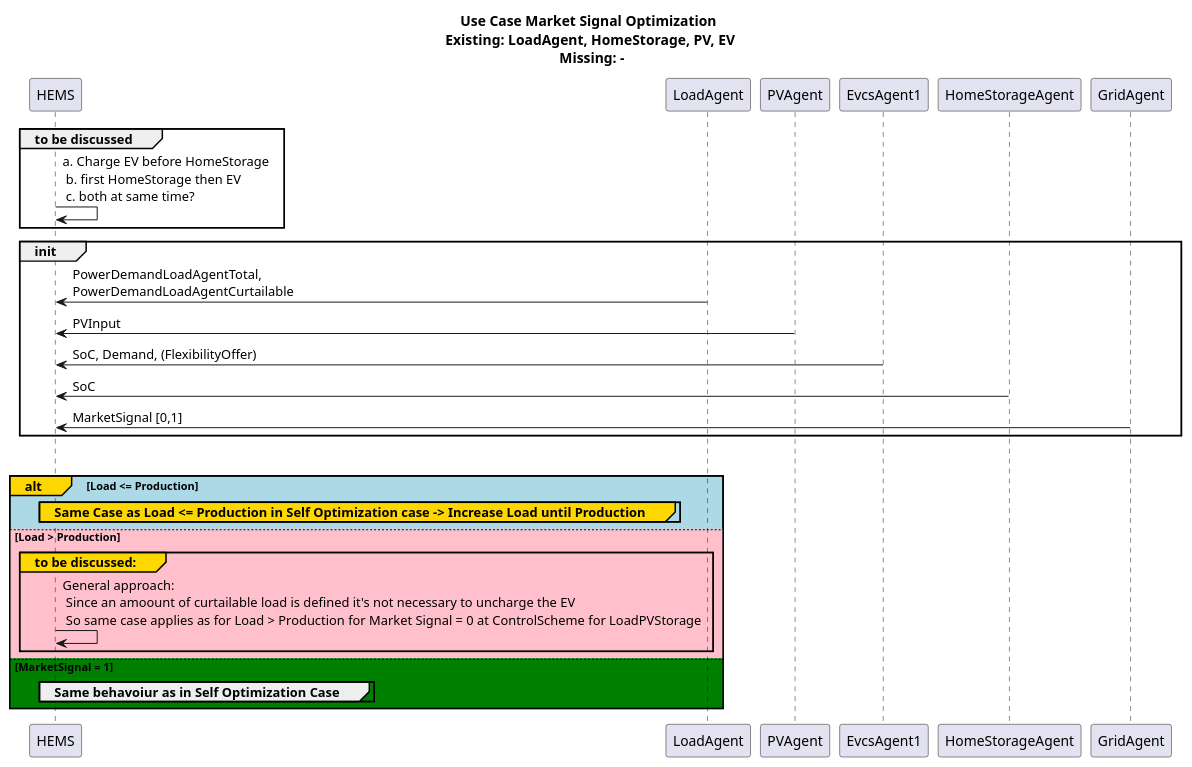
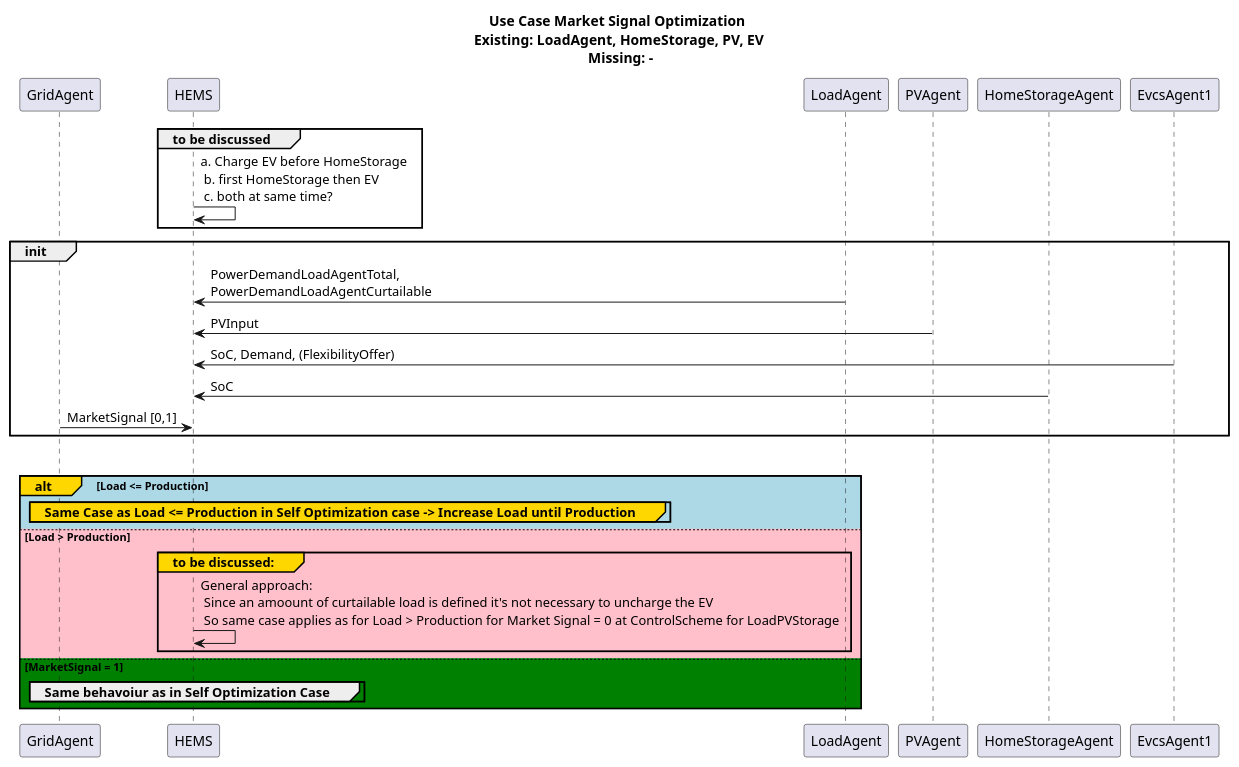
One commit to ie3-institute/simona changed the diagram in docs/uml/protocol/HEMS_Control/HemsControlMarketSignalLoadPvStorageEV.puml. Above: the diagram before and after it, drawn with PlantUML. The commit also changed 6 other files, not shown here.

Commit message:
Harmonize Order of Agents in Sequence Diagramm Init Process of Agents Process diagram of new trigger First draft of documentation

```diff
--- a/docs/uml/protocol/HEMS_Control/HemsControlMarketSignalLoadPvStorageEV.puml
+++ b/docs/uml/protocol/HEMS_Control/HemsControlMarketSignalLoadPvStorageEV.puml
@@ -1,28 +1,34 @@
 @startuml
 title Use Case Market Signal Optimization \n Existing: LoadAgent, HomeStorage, PV, EV \n Missing: -
+participant GridAgent
+participant HEMS
+participant LoadAgent
+participant PVAgent
+participant HomeStorageAgent
+participant EvcsAgent1
 group to be discussed
     HEMS -> HEMS: a. Charge EV before HomeStorage \n b. first HomeStorage then EV \n c. both at same time?
         end
 group init
 LoadAgent -> HEMS: PowerDemandLoadAgentTotal,\nPowerDemandLoadAgentCurtailable
 PVAgent -> HEMS: PVInput
 EvcsAgent1 -> HEMS: SoC, Demand, (FlexibilityOffer)
 HomeStorageAgent -> HEMS: SoC
 GridAgent -> HEMS: MarketSignal [0,1] /'0 == Energy expensive , 1 == Energy cheap'/
 end
 
 alt#Gold #Brown MarketSignal = 0
 alt#Gold #LightBlue Load <= Production
     group#Gold #LightBlue Same Case as Load <= Production in Self Optimization case -> Increase Load until Production
     end
 else #Pink Load > Production
     group#Gold to be discussed:
     HEMS -> HEMS: General approach:\n Since an amoount of curtailable load is defined it's not necessary to uncharge the EV\n So same case applies as for Load > Production for Market Signal = 0 at ControlScheme for LoadPVStorage
     end
 
     else #Green MarketSignal = 1
 group Same behavoiur as in Self Optimization Case
 end
 end
 
 @enduml
```
